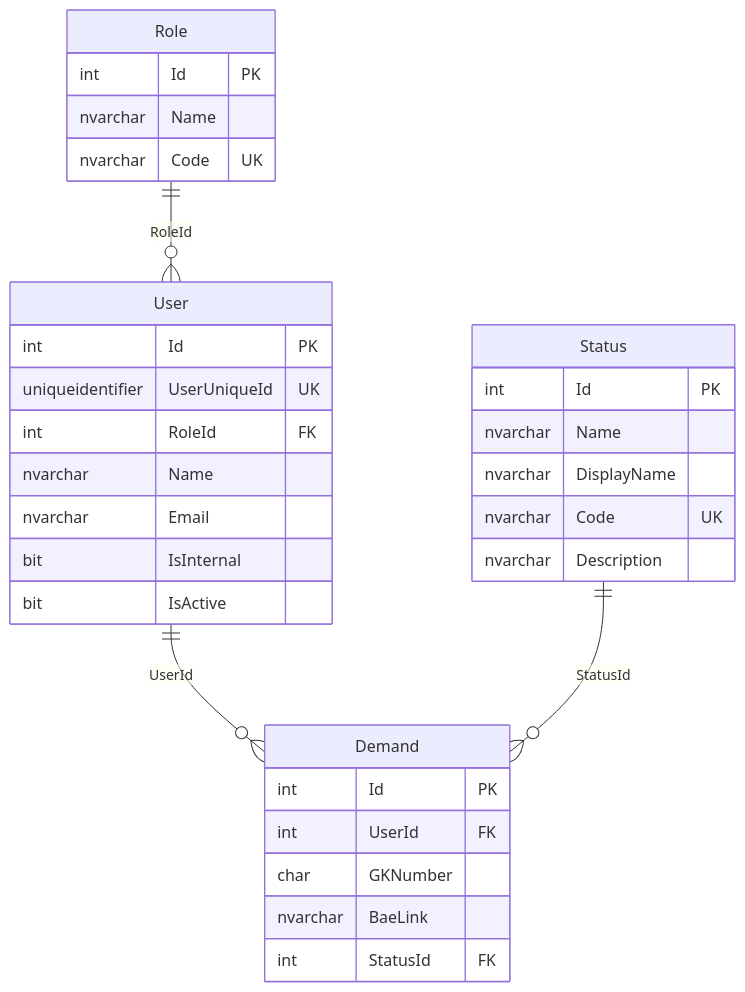
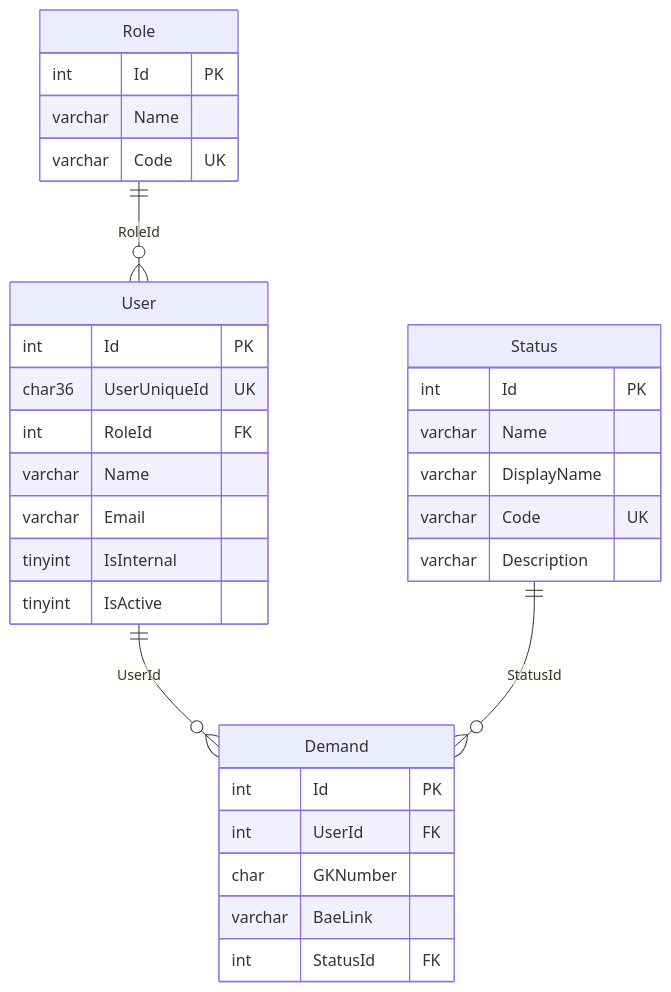
Before and after one commit to alex-talan/klesia-api: the second of 2 diagrams in docs/specs/SPECIFICATIONS.md, drawn with Mermaid. The commit also changed other lines of this file and 44 other files, not shown here.

````diff
--- a/docs/specs/SPECIFICATIONS.md
+++ b/docs/specs/SPECIFICATIONS.md
@@ -130,34 +137,34 @@
 ```mermaid
 erDiagram
     Role ||--o{ User : "RoleId"
     User ||--o{ Demand : "UserId"
     Status ||--o{ Demand : "StatusId"
     Role {
       int Id PK
-      nvarchar Name
-      nvarchar Code UK
+      varchar Name
+      varchar Code UK
     }
     User {
       int Id PK
-      uniqueidentifier UserUniqueId UK
+      char36 UserUniqueId UK
       int RoleId FK
-      nvarchar Name
-      nvarchar Email
-      bit IsInternal
-      bit IsActive
+      varchar Name
+      varchar Email
+      tinyint IsInternal
+      tinyint IsActive
     }
     Status {
       int Id PK
-      nvarchar Name
-      nvarchar DisplayName
-      nvarchar Code UK
-      nvarchar Description
+      varchar Name
+      varchar DisplayName
+      varchar Code UK
+      varchar Description
     }
     Demand {
       int Id PK
       int UserId FK
       char GKNumber
-      nvarchar BaeLink
+      varchar BaeLink
       int StatusId FK
     }
 ```
````
